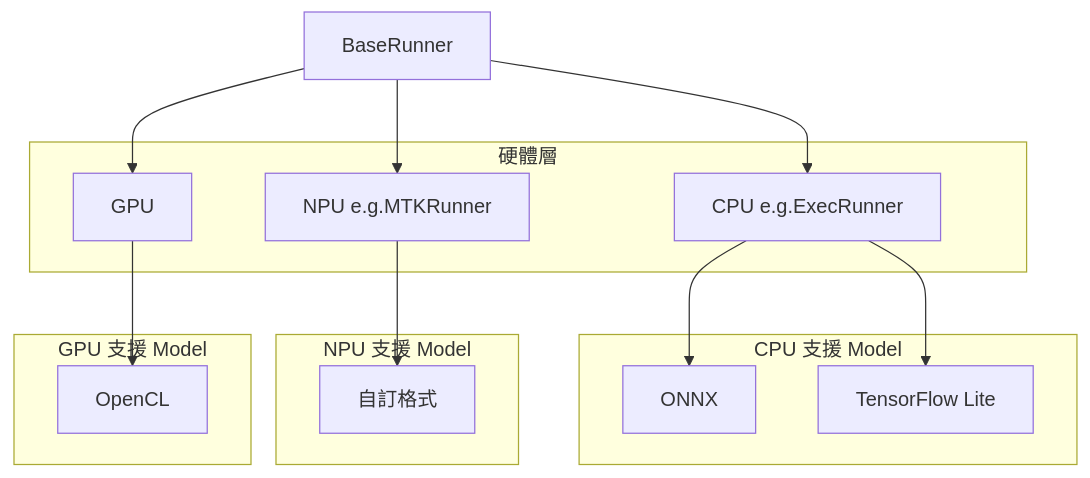
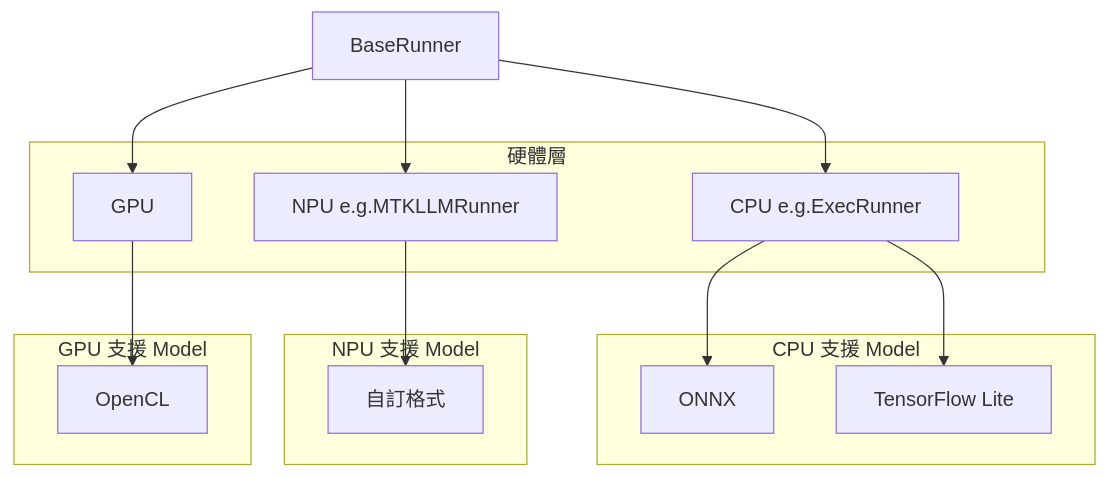
The fourth of 7 diagrams in BreezeApp_v2/breeze-app-router/README.md (mtkresearch/BreezeApp), drawn with Mermaid before and after one commit. The commit also changed 26 other files, not shown here.

````diff
--- a/BreezeApp_v2/breeze-app-router/README.md
+++ b/BreezeApp_v2/breeze-app-router/README.md
@@ -112,23 +112,23 @@
 ```mermaid
 flowchart TD
     R[BaseRunner]
     subgraph HW["硬體層"]
         CPU[CPU e.g.ExecRunner]
-        NPU[NPU e.g.MTKRunner]
+        NPU[NPU e.g.MTKLLMRunner]
         GPU[GPU]
     end
     subgraph ModelCPU["CPU 支援 Model"]
         MC1[ONNX]
         MC2[TensorFlow Lite]
     end
     subgraph ModelNPU["NPU 支援 Model"]
         MN1[自訂格式]
     end
     subgraph ModelGPU["GPU 支援 Model"]
         MG1[OpenCL]
     end
     R --> CPU --> MC1
     CPU --> MC2
     R --> NPU --> MN1
     R --> GPU --> MG1
 ```
````
